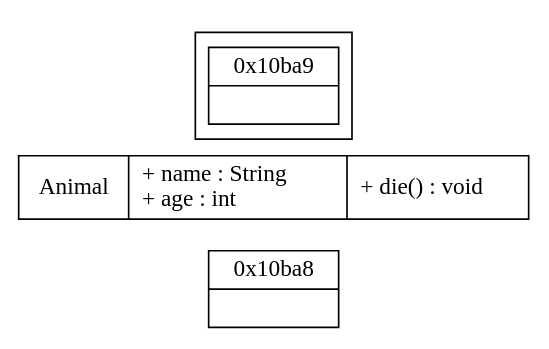
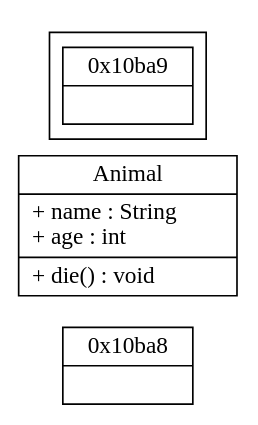
One commit to sisyphus1212/note changed the diagram in dpdk/内存管理.md. Above: the diagram before and after it, drawn with Graphviz.

Commit message:
auto_update

````diff
--- a/dpdk/内存管理.md
+++ b/dpdk/内存管理.md
@@ -16,21 +16,24 @@
 ```graphviz
 digraph {
 	rankdir=LR;
 	"node0" [
 		label = "0x10ba8| <f1>"
 		shape = "record"
 	];
 	subgraph cluster_0 {
 
 	}
-	Animal[label = "{Animal | + name : String\l+ age : int\l |+ die() : void\l}", shape = "record" ];
+	"Animal" [
+		label = "Animal | + name : String\l+ age : int\l |+ die() : void\l",
+		shape = "record"
+	];
 	subgraph cluster_1 {
 		"node1" [
 			label = "0x10ba9| <f1>"
 			shape = "record"
 		];
 	}
 }
 
 
 ```
````
